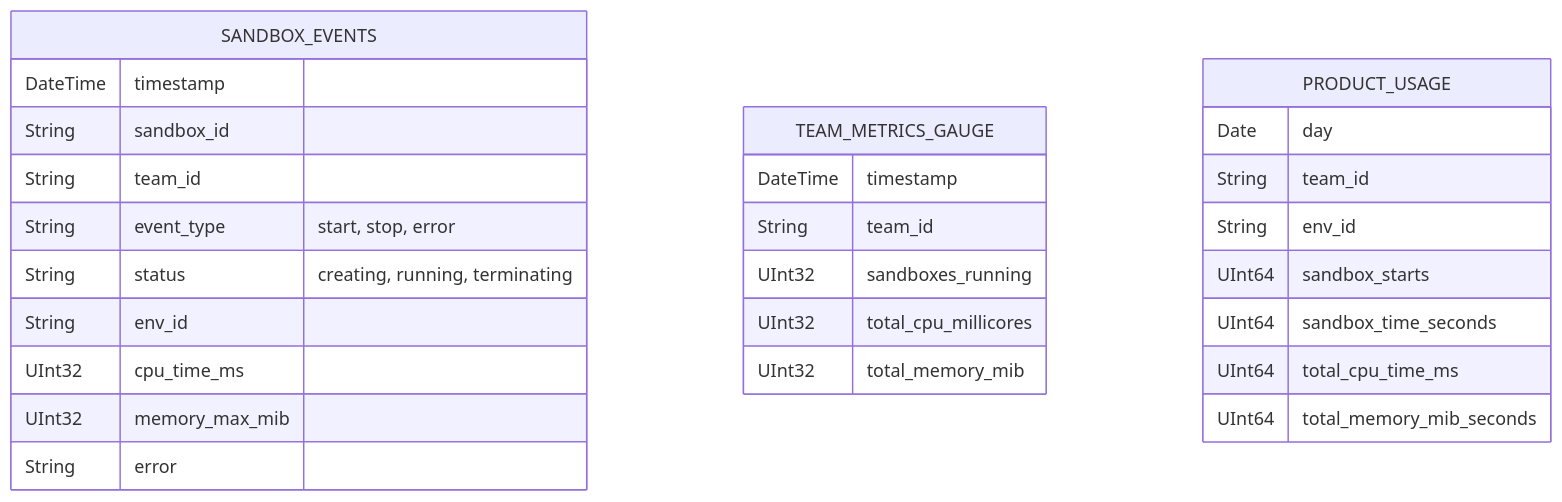
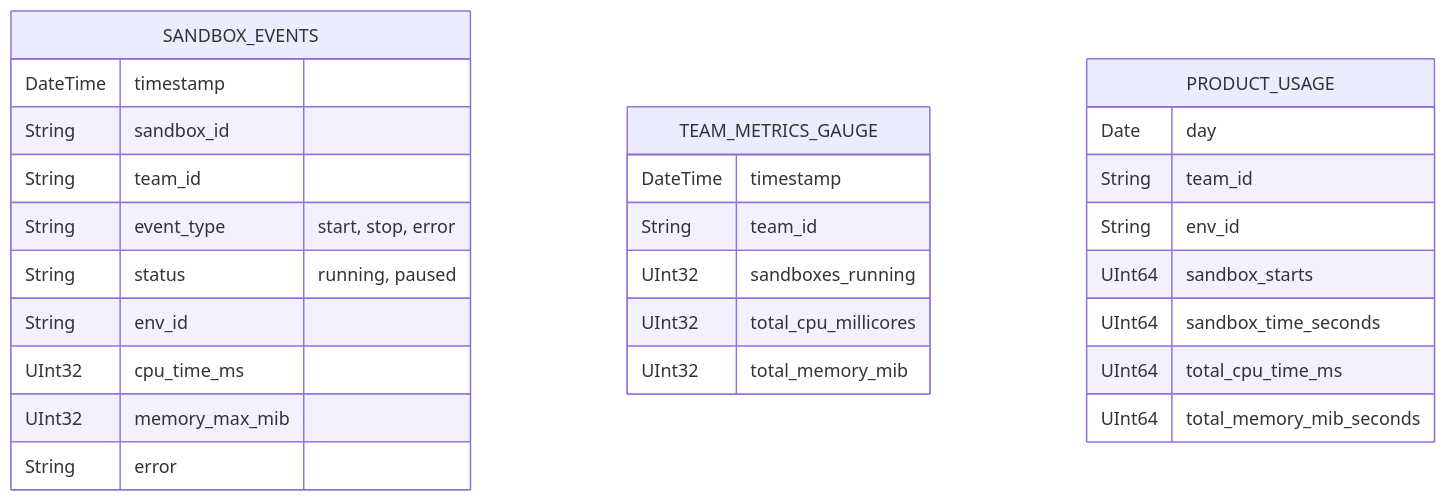
The third of 3 diagrams in docs/design/L4.3-database-relationships.md (jackzhang1314/AdNegator), drawn with Mermaid before and after one commit. The commit also changed 1 other file, not shown here.

Commit message:
docs: fix L3.1 & L4.3 - E2B DOES support pause/resume (Beta)
Major corrections to align with E2B official implementation:

L3.1 Changes:
- Rewrote SEQ-003 (pause flow): E2B supports pause via betaPause() + Firecracker snapshots
- Rewrote SEQ-004 (resume flow): E2B auto-resumes via Sandbox.connect()
- Removed strikethroughs and "不支持" claims
- Added sequence diagrams for pause/resume flows
- Documented Beta feature status and 30-day retention

L4.3 Changes:
- Fixed SANDBOX_EVENTS.status enum from "creating, running, terminating" to "running, paused"
- Aligned ClickHouse analytics schema with public API states

Technical Details:
- Pause: ~4s/GB RAM (Firecracker snapshot)
- Resume: ~1s (automatic via connect)
- Saves: filesystem + memory + processes
- Retention: 30 days max

Based on E2B official sources:
- e2b-dev/E2B/packages/js-sdk/src/sandbox/index.ts
- spec/openapi.yml

````diff
--- a/docs/design/L4.3-database-relationships.md
+++ b/docs/design/L4.3-database-relationships.md
@@ -402,32 +402,32 @@
 ```mermaid
 erDiagram
     SANDBOX_EVENTS {
         DateTime timestamp
         String sandbox_id
         String team_id
         String event_type "start, stop, error"
-        String status "creating, running, terminating"
+        String status "running, paused"
         String env_id
         UInt32 cpu_time_ms
         UInt32 memory_max_mib
         String error
     }
 
     TEAM_METRICS_GAUGE {
         DateTime timestamp
         String team_id
         UInt32 sandboxes_running
         UInt32 total_cpu_millicores
         UInt32 total_memory_mib
     }
 
     PRODUCT_USAGE {
         Date day
         String team_id
         String env_id
         UInt64 sandbox_starts
         UInt64 sandbox_time_seconds
         UInt64 total_cpu_time_ms
         UInt64 total_memory_mib_seconds
     }
 ```
````
